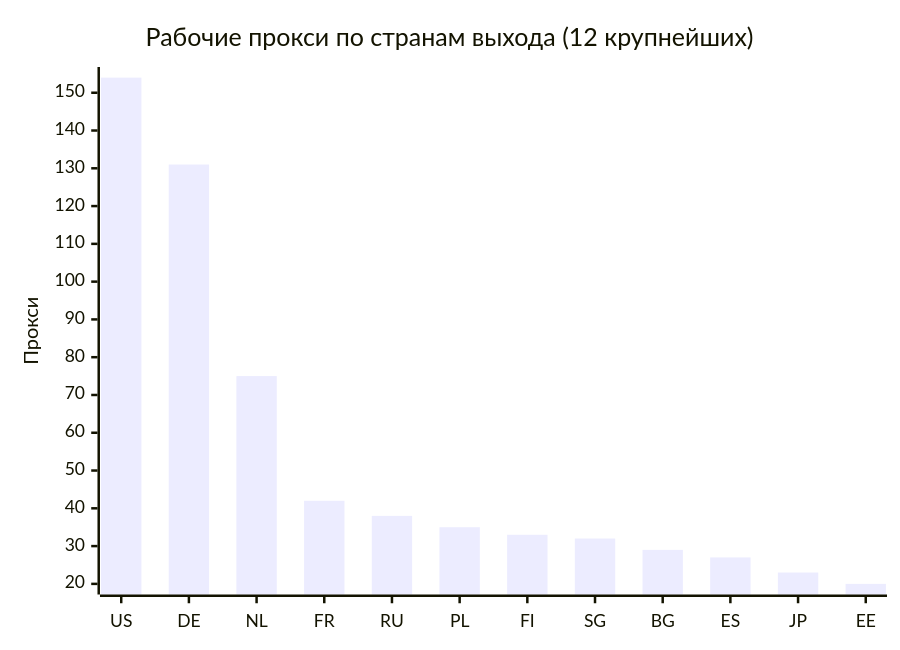
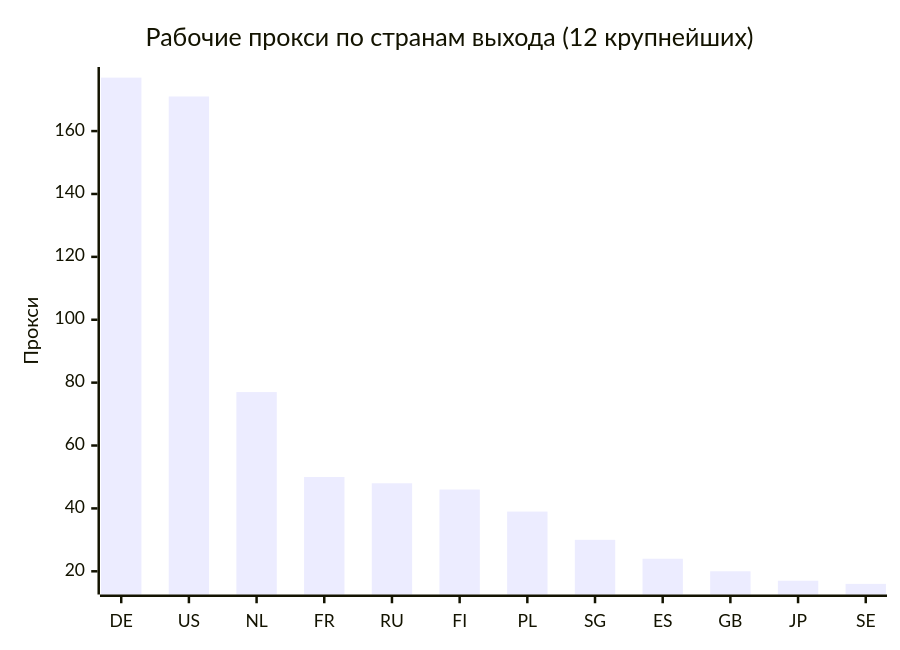
The second of 4 diagrams in README.md (rvvg/proxy-subs), drawn with Mermaid before and after one commit. The commit also changed other lines of this file and 48 other files, not shown here.

````diff
--- a/README.md
+++ b/README.md
@@ -126,7 +127,7 @@
 ```mermaid
 xychart-beta
     title "Рабочие прокси по странам выхода (12 крупнейших)"
-    x-axis ["US", "DE", "NL", "FR", "RU", "PL", "FI", "SG", "BG", "ES", "JP", "EE"]
+    x-axis ["DE", "US", "NL", "FR", "RU", "FI", "PL", "SG", "ES", "GB", "JP", "SE"]
     y-axis "Прокси"
-    bar [154, 131, 75, 42, 38, 35, 33, 32, 29, 27, 23, 20]
+    bar [177, 171, 77, 50, 48, 46, 39, 30, 24, 20, 17, 16]
 ```
````
